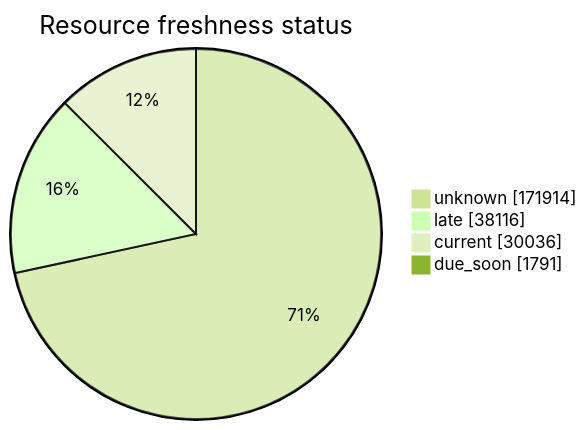
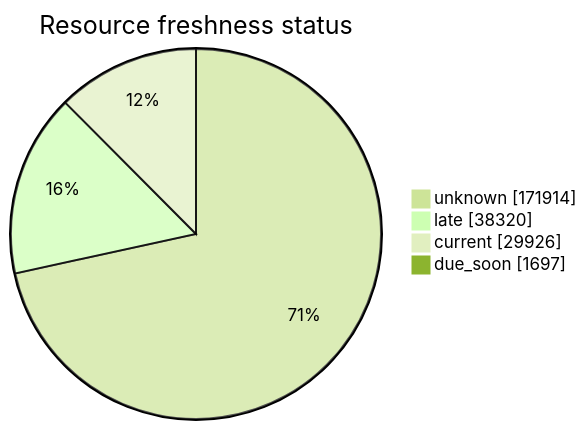
Before and after one commit to open-data/analytics-corporate-reporting: the third of 5 diagrams in FreshCheck/README.md, drawn with Mermaid (forest theme). The commit also changed other lines of this file and 3 other files, not shown here.

````diff
--- a/FreshCheck/README.md
+++ b/FreshCheck/README.md
@@ -77,7 +77,7 @@
 ```mermaid
 pie showData title Resource freshness status
     "unknown": 171914
-    "late": 38116
-    "current": 30036
-    "due_soon": 1791
+    "late": 38320
+    "current": 29926
+    "due_soon": 1697
 ```
````
